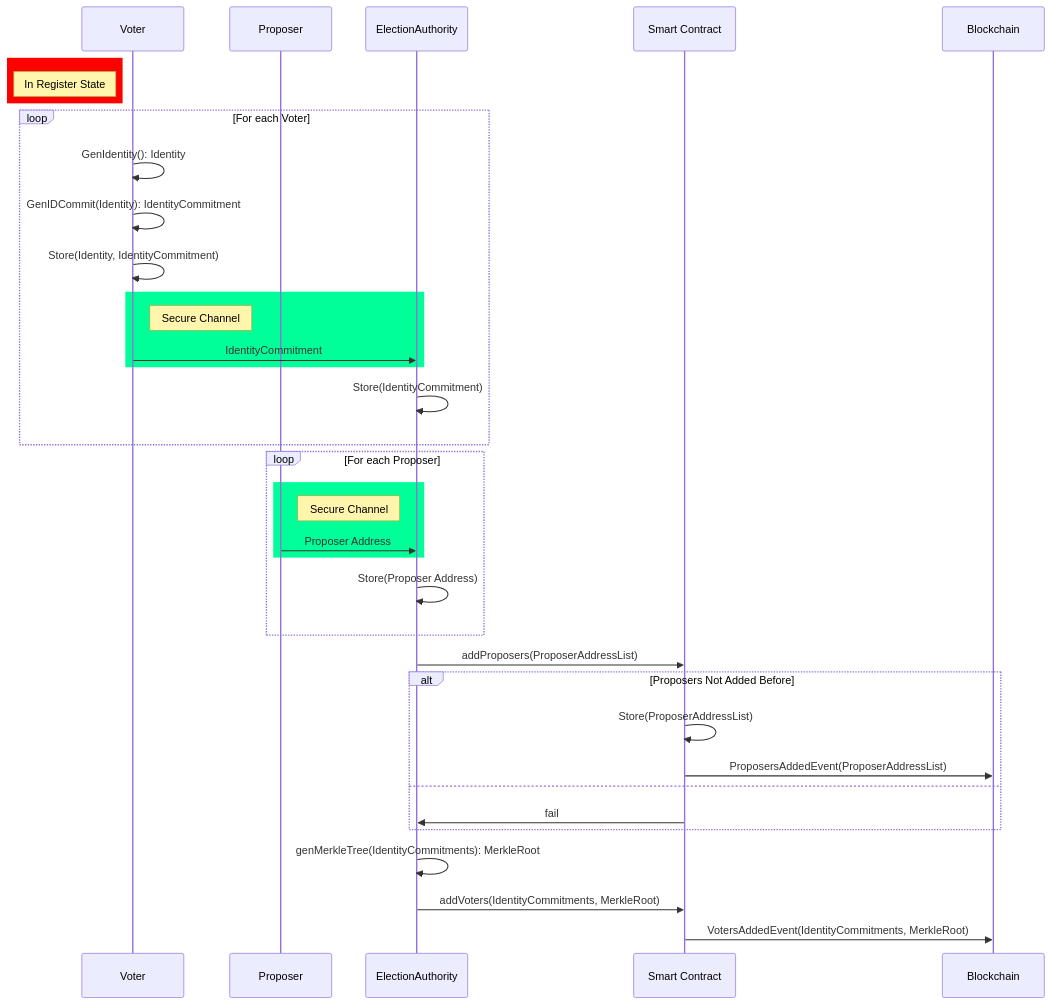
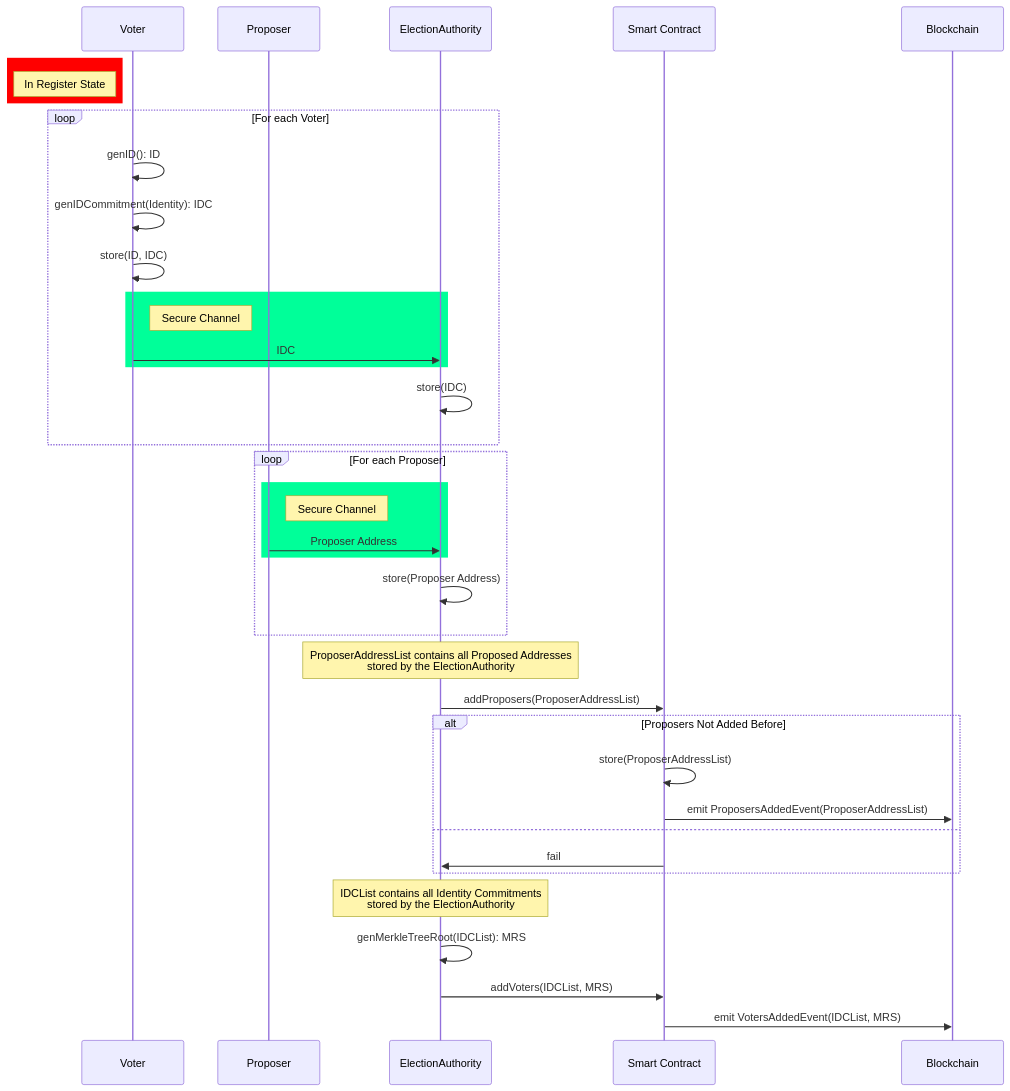
Before and after one commit to ceyonur/electanon: the diagram in docs/flows/basic/register.mmd, drawn with Mermaid. The commit also changed 145 other files, not shown here.

```diff
--- a/docs/flows/basic/register.mmd
+++ b/docs/flows/basic/register.mmd
@@ -1,36 +1,38 @@
 sequenceDiagram
 participant Voter as Voter
 participant Proposer
 participant EC as ElectionAuthority
 participant SC as Smart Contract
 participant BC as Blockchain
 rect rgb(255, 0, 0)
 note left of Voter: In Register State
 end
 loop For each Voter
-    Voter->>Voter: GenIdentity(): Identity
-    Voter->>Voter: GenIDCommit(Identity): IdentityCommitment
-    Voter->>Voter: Store(Identity, IdentityCommitment)
+    Voter->>Voter: genID(): ID
+    Voter->>Voter: genIDCommitment(Identity): IDC
+    Voter->>Voter: store(ID, IDC)
 rect rgb(0, 255, 153)
     Note right of Voter: Secure Channel
-    Voter->>EC: IdentityCommitment
+    Voter->>EC: IDC
 end
-    EC->>EC: Store(IdentityCommitment)
+    EC->>EC: store(IDC)
 end
 loop For each Proposer
 rect rgb(0, 255, 153)
     Note right of Proposer: Secure Channel
     Proposer->>EC: Proposer Address
 end
-    EC->>EC: Store(Proposer Address)
+    EC->>EC: store(Proposer Address)
 end
+Note over EC: ProposerAddressList contains all Proposed Addresses <br> stored by the ElectionAuthority
 EC->>SC: addProposers(ProposerAddressList)
 alt Proposers Not Added Before
-    SC->>SC: Store(ProposerAddressList)
-    SC->>BC: ProposersAddedEvent(ProposerAddressList)
+    SC->>SC: store(ProposerAddressList)
+    SC->>BC: emit ProposersAddedEvent(ProposerAddressList)
 else
     SC->>EC: fail
 end
-EC->>EC: genMerkleTree(IdentityCommitments): MerkleRoot
-EC->>SC: addVoters(IdentityCommitments, MerkleRoot)
-SC->>BC: VotersAddedEvent(IdentityCommitments, MerkleRoot)
+Note over EC: IDCList contains all Identity Commitments <br> stored by the ElectionAuthority
+EC->>EC: genMerkleTreeRoot(IDCList): MRS
+EC->>SC: addVoters(IDCList, MRS)
+SC->>BC: emit VotersAddedEvent(IDCList, MRS)
```
